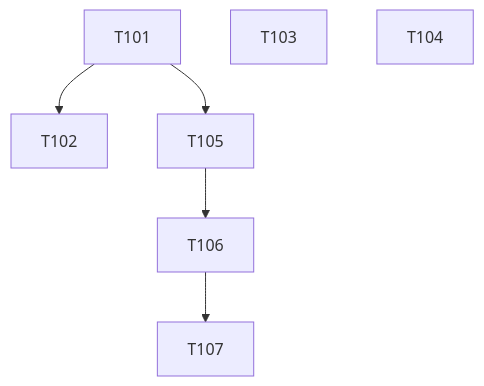
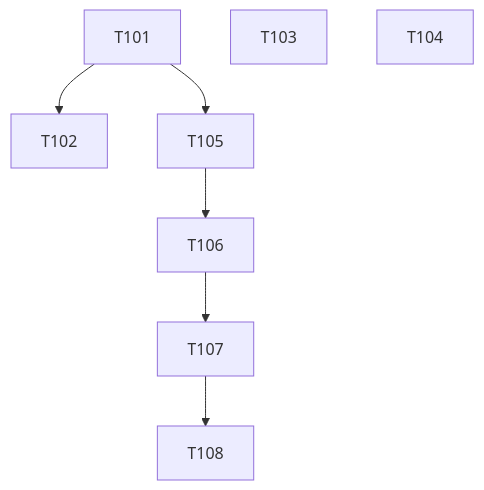
Before and after one commit to Korrighed/portfolio: the second of 2 diagrams in docs/IMPLEMENTATION-PLAN-faq.md, drawn with Mermaid. The commit also changed other lines of this file and 10 other files, not shown here.

````diff
--- a/docs/IMPLEMENTATION-PLAN-faq.md
+++ b/docs/IMPLEMENTATION-PLAN-faq.md
@@ -52,7 +53,7 @@
 ```mermaid
 flowchart TD
   T101 --> T102
-  T101 --> T105 --> T106 --> T107
+  T101 --> T105 --> T106 --> T107 --> T108
   T103
   T104
 ```
````
